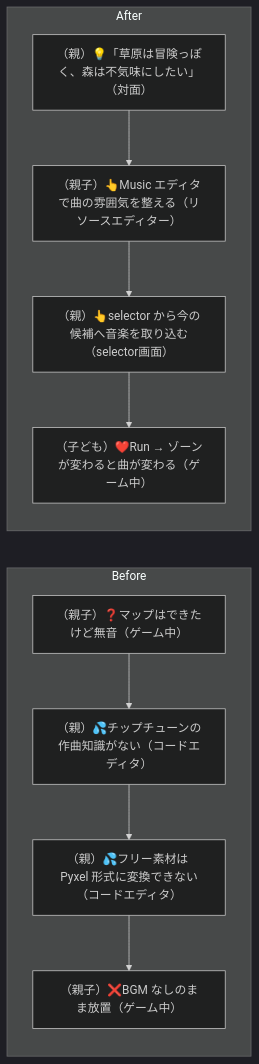
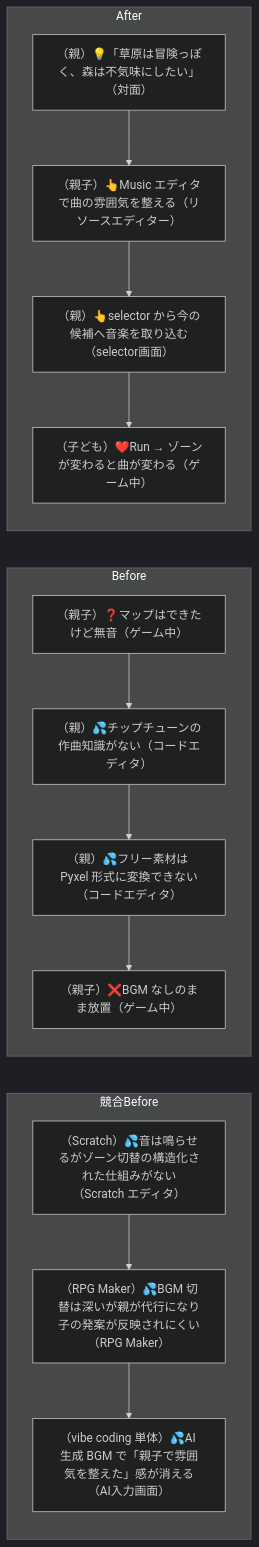
One commit to tatsuro-ueda/code-quest-pyxel changed diagram 16 of 42 in docs/customer-journeys.md. Above: the diagram before and after it, drawn with Mermaid (dark theme). The commit also changed other lines of this file, not shown here.

````diff
--- a/docs/customer-journeys.md
+++ b/docs/customer-journeys.md
@@ -535,15 +535,20 @@
 ```mermaid
 flowchart LR
+    subgraph Competitor["競合Before"]
+        C1[（Scratch）💦音は鳴らせるがゾーン切替の構造化された仕組みがない（Scratch エディタ）]
+        C1 --> C2[（RPG Maker）💦BGM 切替は深いが親が代行になり子の発案が反映されにくい（RPG Maker）]
+        C2 --> C3[（vibe coding 単体）💦AI 生成 BGM で「親子で雰囲気を整えた」感が消える（AI入力画面）]
+    end
     subgraph Before["Before"]
         B1[（親子）❓マップはできたけど無音（ゲーム中）]
         B1 --> B2[（親）💦チップチューンの作曲知識がない（コードエディタ）]
         B2 --> B3[（親）💦フリー素材は Pyxel 形式に変換できない（コードエディタ）]
         B3 --> B4[（親子）❌BGM なしのまま放置（ゲーム中）]
     end
     subgraph After["After"]
         A1[（親）💡「草原は冒険っぽく、森は不気味にしたい」（対面）]
         A1 --> A2[（親子）👆Music エディタで曲の雰囲気を整える（リソースエディター）]
         A2 --> A3[（親）👆selector から今の候補へ音楽を取り込む（selector画面）]
         A3 --> A4[（子ども）❤️Run → ゾーンが変わると曲が変わる（ゲーム中）]
     end
 ```
````
